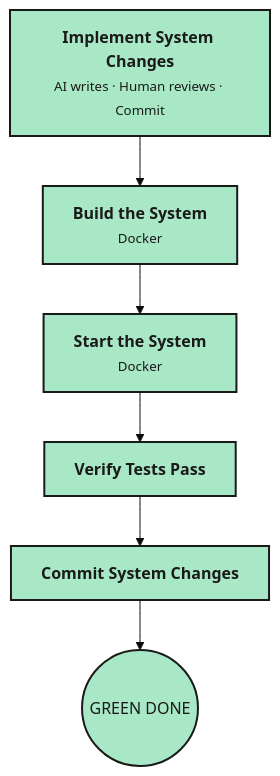
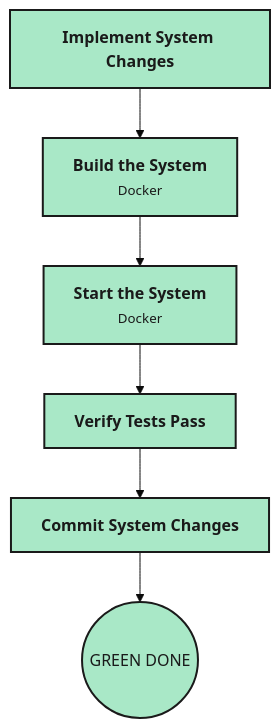
One commit to optivem/gh-optivem changed the second of 3 diagrams in README.md. Above: the diagram before and after it, drawn with Mermaid (base theme). The commit also changed other lines of this file, not shown here.

Commit message:
docs: simplify ATDD diagram labels in README, move repeated notes to prose

````diff
--- a/README.md
+++ b/README.md
@@ -103,14 +100,14 @@
 ```mermaid
 flowchart TD
-    A["<b>Implement System Changes</b><br/><small>AI writes · Human reviews · Commit</small>"]
+    A["<b>Implement System Changes</b>"]
     B["<b>Build the System</b><br/><small>Docker</small>"]
     C["<b>Start the System</b><br/><small>Docker</small>"]
     D["<b>Verify Tests Pass</b>"]
     E["<b>Commit System Changes</b>"]
     Z(("GREEN DONE"))
 
     A --> B --> C --> D --> E --> Z
 
     classDef step fill:#A9E8C7,stroke:#1a1a1a,stroke-width:2px,color:#1a1a1a
     class A,B,C,D,E,Z step
 ```
````
